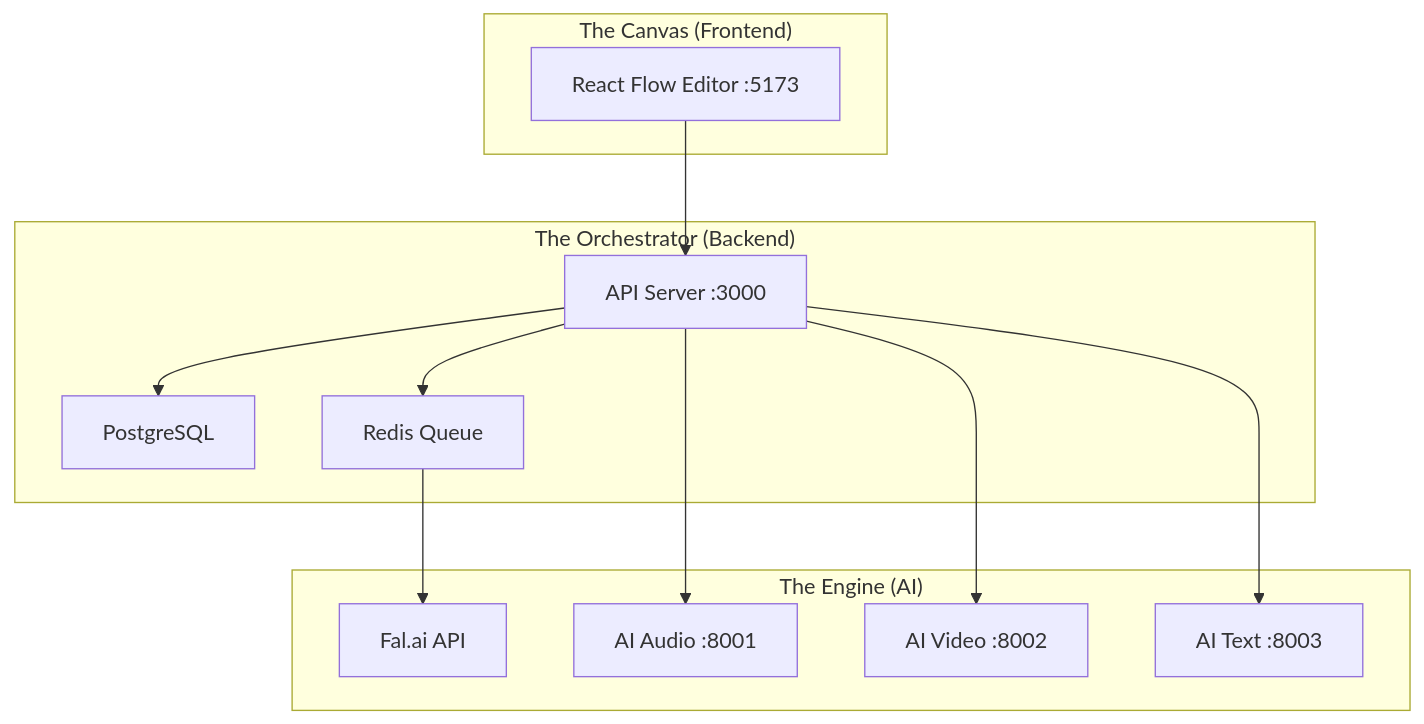
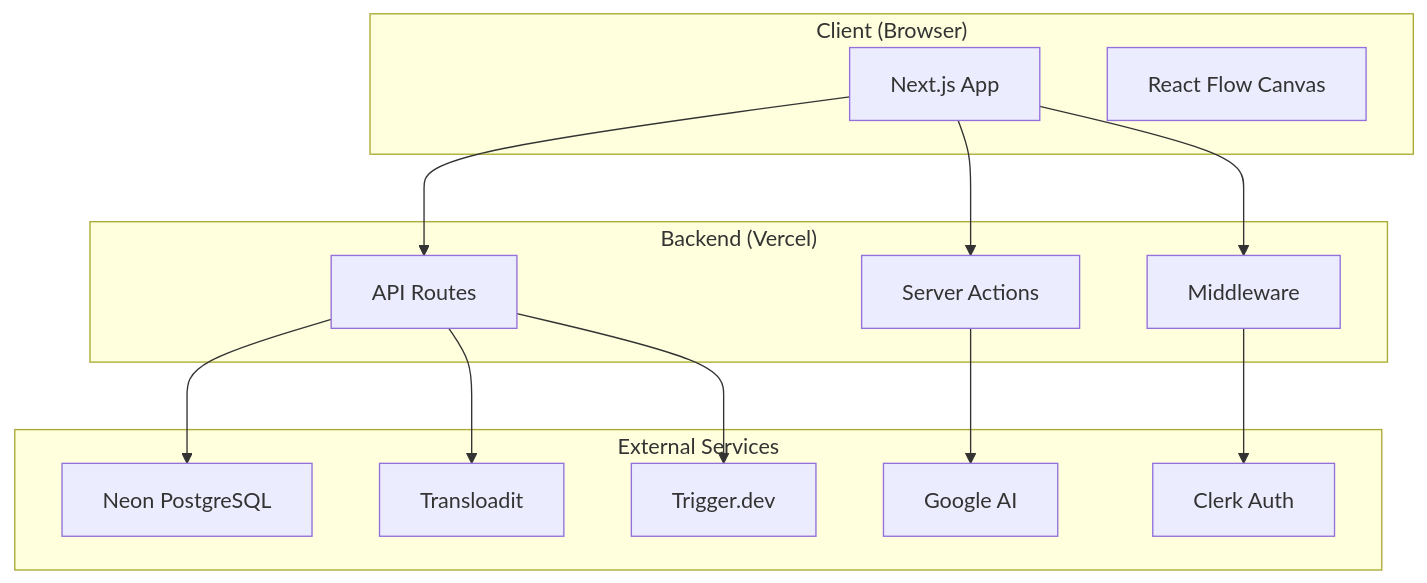
The diagram in docs/README.md (ShreyasUrade1123/Trace), drawn with Mermaid before and after one commit. The commit also changed other lines of this file, not shown here.

````diff
--- a/docs/README.md
+++ b/docs/README.md
@@ -71,27 +67,30 @@
 ```mermaid
 graph TB
-    subgraph Frontend["The Canvas (Frontend)"]
-        A[React Flow Editor :5173]
+    subgraph Client["Client (Browser)"]
+        A[Next.js App]
+        B[React Flow Canvas]
     end
     
-    subgraph Backend["The Orchestrator (Backend)"]
-        B[API Server :3000]
-        C[PostgreSQL]
-        D[Redis Queue]
+    subgraph Backend["Backend (Vercel)"]
+        C[API Routes]
+        D[Server Actions]
+        E[Middleware]
     end
     
-    subgraph AI["The Engine (AI)"]
-        E[Fal.ai API]
-        F[AI Audio :8001]
-        G[AI Video :8002]
-        H[AI Text :8003]
+    subgraph Services["External Services"]
+        F[Clerk Auth]
+        G[Neon PostgreSQL]
+        H[Google AI]
+        I[Transloadit]
+        J[Trigger.dev]
     end
     
-    A --> B
-    B --> C
-    B --> D
-    D --> E
-    B --> F
-    B --> G
-    B --> H
+    A --> C
+    A --> D
+    A --> E
+    E --> F
+    C --> G
+    D --> H
+    C --> I
+    C --> J
 ```
````
